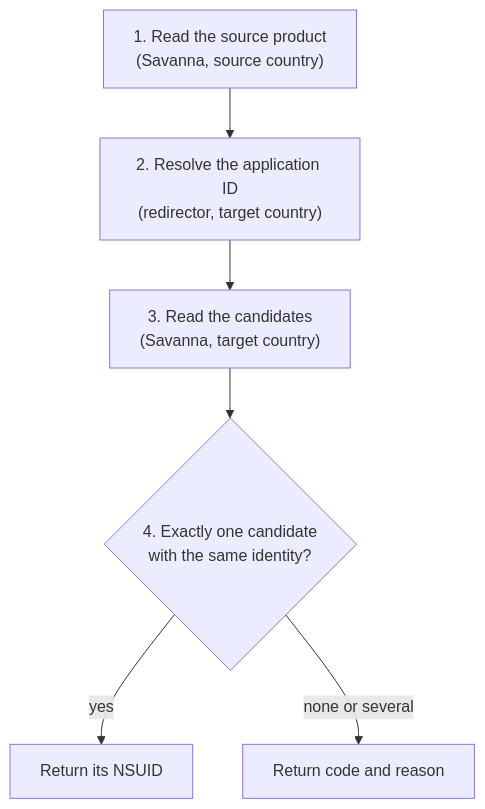
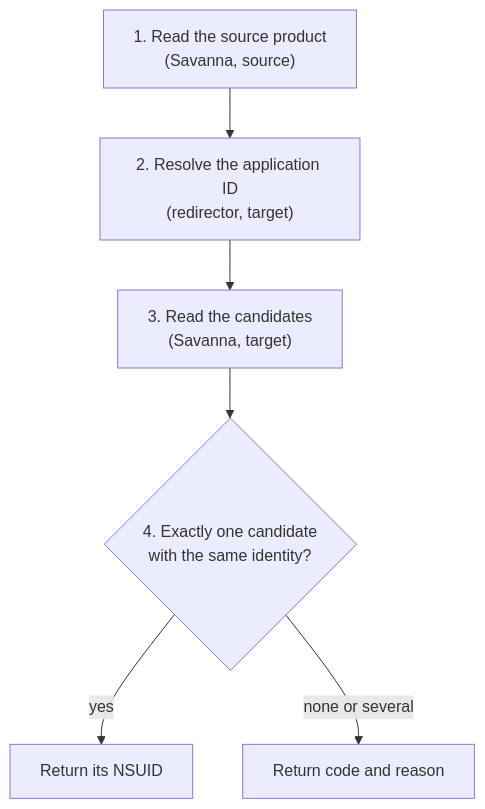
One commit to maixiang-sh/nsuid-mapper changed the diagram in docs/how-it-works.md. Above: the diagram before and after it, drawn with Mermaid. The commit also changed other lines of this file and 6 other files, not shown here.

````diff
--- a/docs/how-it-works.md
+++ b/docs/how-it-works.md
@@ -77,8 +77,8 @@
 ```mermaid
 flowchart TD
-    A["1. Read the source product<br>(Savanna, source country)"] --> B["2. Resolve the application ID<br>(redirector, target country)"]
-    B --> C["3. Read the candidates<br>(Savanna, target country)"]
+    A["1. Read the source product<br>(Savanna, source)"] --> B["2. Resolve the application ID<br>(redirector, target)"]
+    B --> C["3. Read the candidates<br>(Savanna, target)"]
     C --> D{"4. Exactly one candidate<br>with the same identity?"}
     D -- yes --> E[Return its NSUID]
     D -- "none or several" --> F[Return code and reason]
 ```
````
